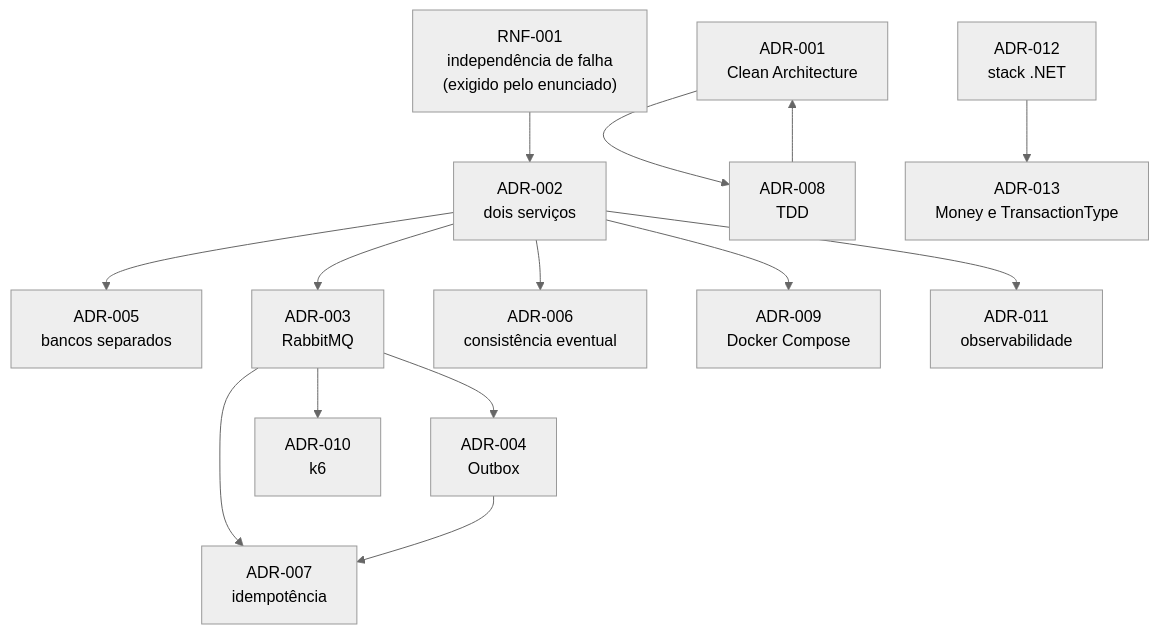
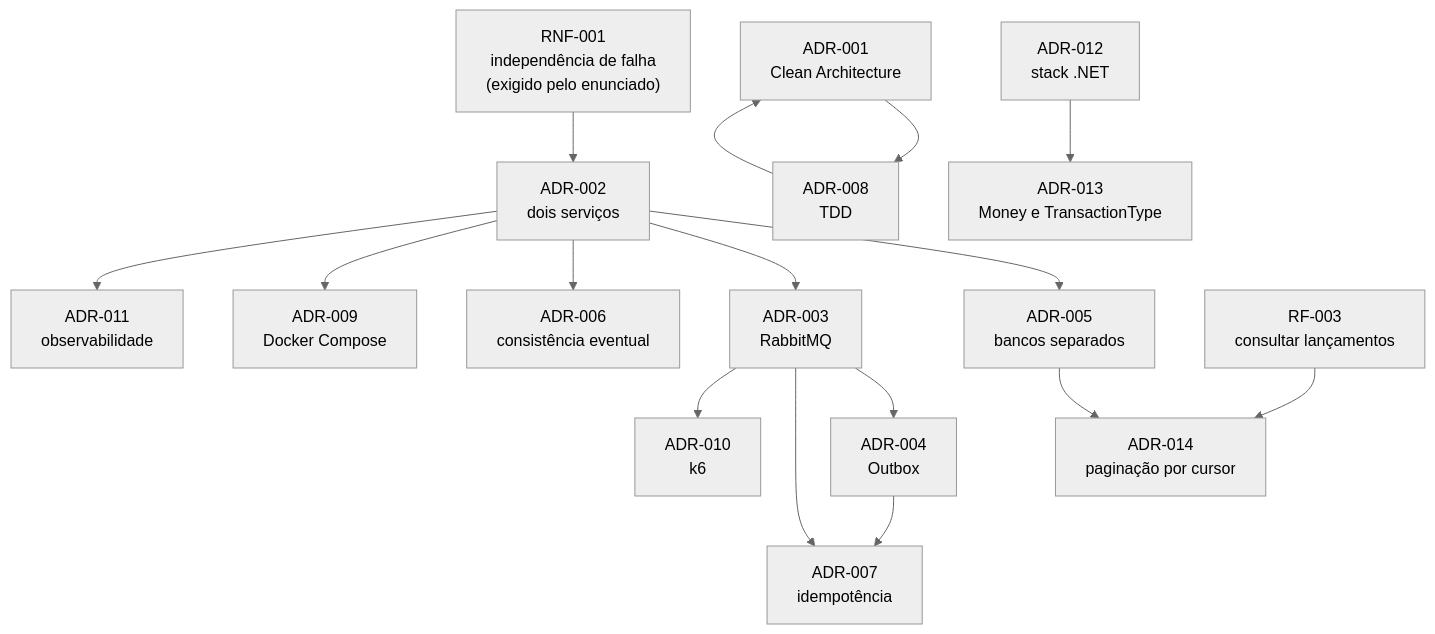
One commit to rafaelomodei/CashFlow changed the diagram in docs/decisions/README.md. Above: the diagram before and after it, drawn with Mermaid (neutral theme). The commit also changed other lines of this file and 10 other files, not shown here.

````diff
--- a/docs/decisions/README.md
+++ b/docs/decisions/README.md
@@ -34,17 +35,19 @@
 ```mermaid
 graph TD
     RNF001["RNF-001<br/>independência de falha<br/>(exigido pelo enunciado)"]
     RNF001 --> A2["ADR-002<br/>dois serviços"]
     A2 --> A5["ADR-005<br/>bancos separados"]
     A2 --> A3["ADR-003<br/>RabbitMQ"]
     A3 --> A4["ADR-004<br/>Outbox"]
     A3 --> A7["ADR-007<br/>idempotência"]
     A4 --> A7
     A2 --> A6["ADR-006<br/>consistência eventual"]
     A2 --> A9["ADR-009<br/>Docker Compose"]
     A2 --> A11["ADR-011<br/>observabilidade"]
     A3 --> A10["ADR-010<br/>k6"]
     A1["ADR-001<br/>Clean Architecture"] --> A8["ADR-008<br/>TDD"]
     A8 --> A1
     A12["ADR-012<br/>stack .NET"] --> A13["ADR-013<br/>Money e TransactionType"]
+    RF003["RF-003<br/>consultar lançamentos"] --> A14["ADR-014<br/>paginação por cursor"]
+    A5 --> A14
 ```
````
